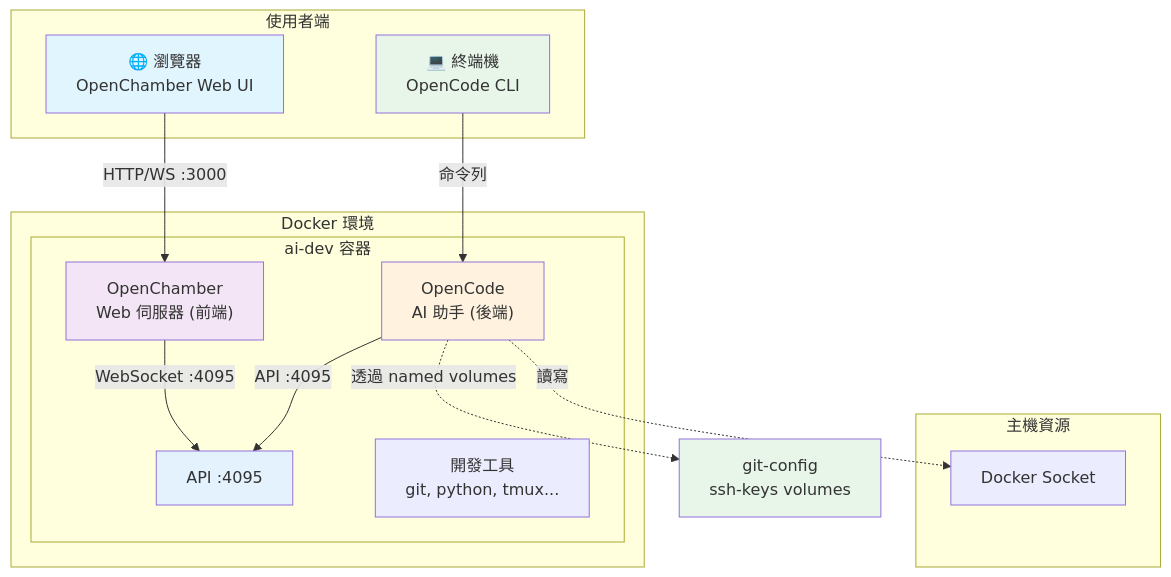
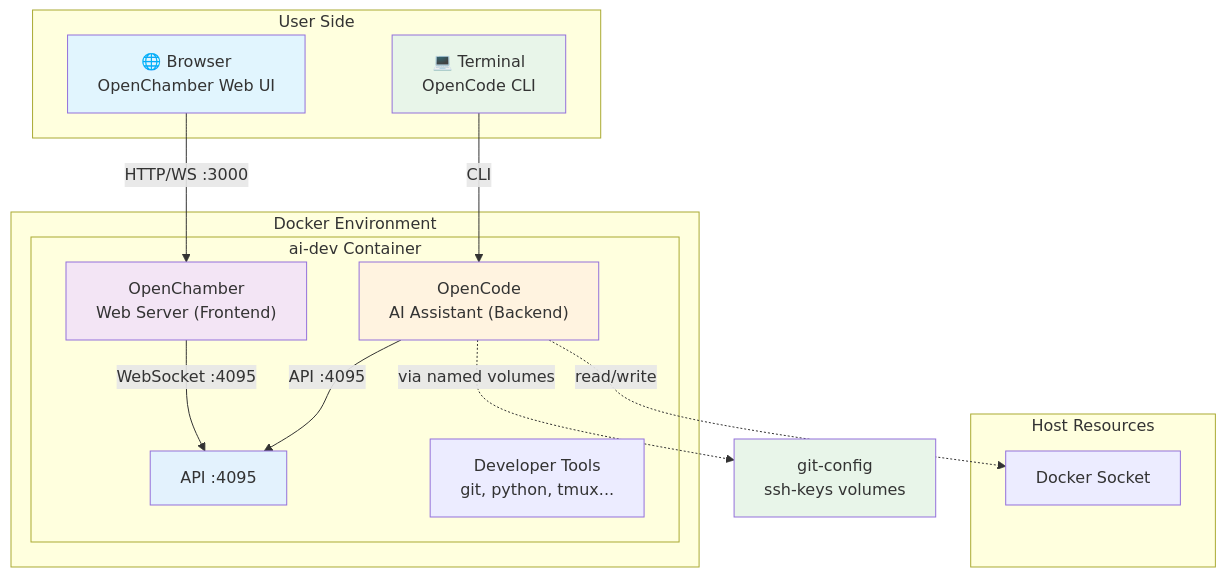
The first of 10 diagrams in docs/ARCHITECTURE.md (tryweb/ai-engkit), drawn with Mermaid before and after one commit. The commit also changed other lines of this file and 14 other files, not shown here.

````diff
--- a/docs/ARCHITECTURE.md
+++ b/docs/ARCHITECTURE.md
@@ -20,35 +20,35 @@
 ```mermaid
 graph TB
-    subgraph "使用者端"
-        BROWSER["🌐 瀏覽器<br/>OpenChamber Web UI"]
-        TERMINAL["💻 終端機<br/>OpenCode CLI"]
+    subgraph "User Side"
+        BROWSER["🌐 Browser<br/>OpenChamber Web UI"]
+        TERMINAL["💻 Terminal<br/>OpenCode CLI"]
     end
 
-    subgraph "Docker 環境"
-        subgraph "ai-dev 容器"
-            OC["OpenCode<br/>AI 助手 (後端)"]
-            CH["OpenChamber<br/>Web 伺服器 (前端)"]
+    subgraph "Docker Environment"
+        subgraph "ai-dev Container"
+            OC["OpenCode<br/>AI Assistant (Backend)"]
+            CH["OpenChamber<br/>Web Server (Frontend)"]
             API["API :4095"]
-            TOOLS["開發工具<br/>git, python, tmux..."]
+            TOOLS["Developer Tools<br/>git, python, tmux..."]
         end
     end
-    
-    subgraph "主機資源"
+
+    subgraph "Host Resources"
         HOST_DOCKER["Docker Socket"]
     end
 
     BROWSER -->|"HTTP/WS :3000"| CH
     CH -->|"WebSocket :4095"| API
-    TERMINAL -->|"命令列"| OC
+    TERMINAL -->|"CLI"| OC
     OC -->|"API :4095"| API
-    
-    OC -.->|"透過 named volumes"| GIT_VOLS["git-config<br/>ssh-keys volumes"]
-    OC -.->|"讀寫"| HOST_DOCKER
+
+    OC -.->|"via named volumes"| GIT_VOLS["git-config<br/>ssh-keys volumes"]
+    OC -.->|"read/write"| HOST_DOCKER
 
     style BROWSER fill:#e1f5fe
     style TERMINAL fill:#e8f5e9
     style OC fill:#fff3e0
     style CH fill:#f3e5f5
     style API fill:#e3f2fd
     style GIT_VOLS fill:#e8f5e9
 ```
````
